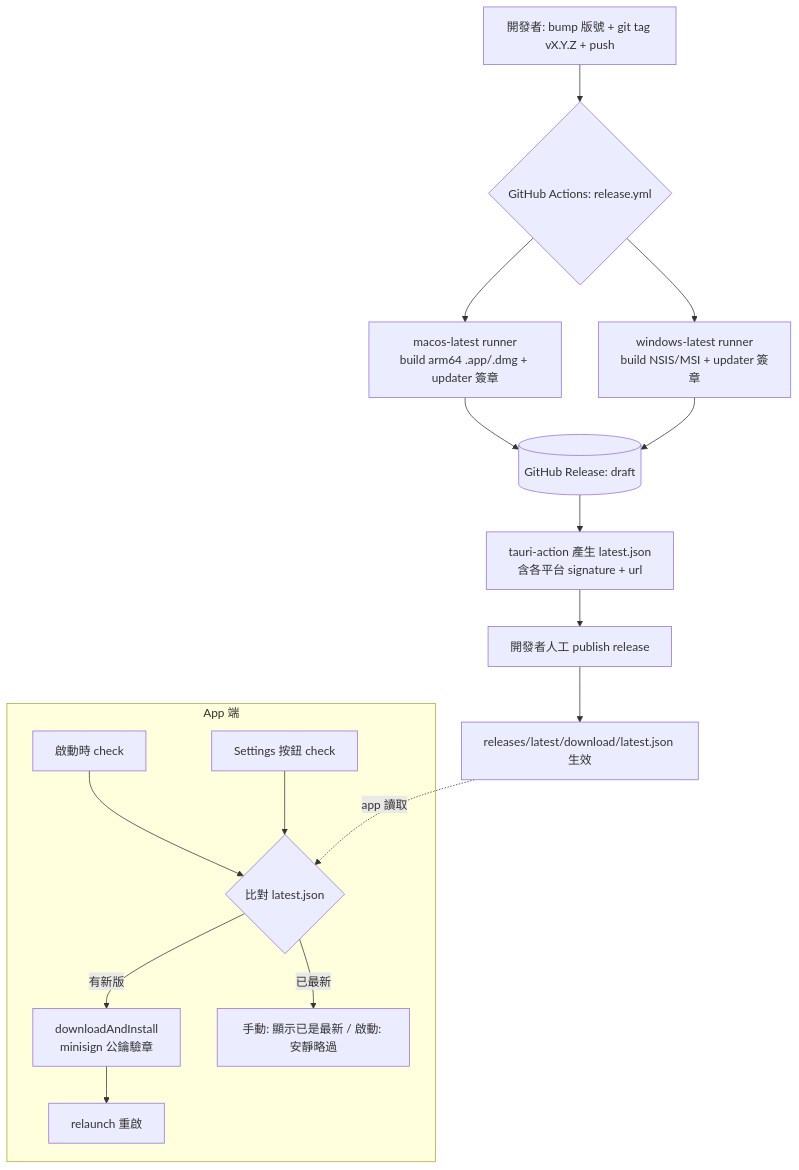
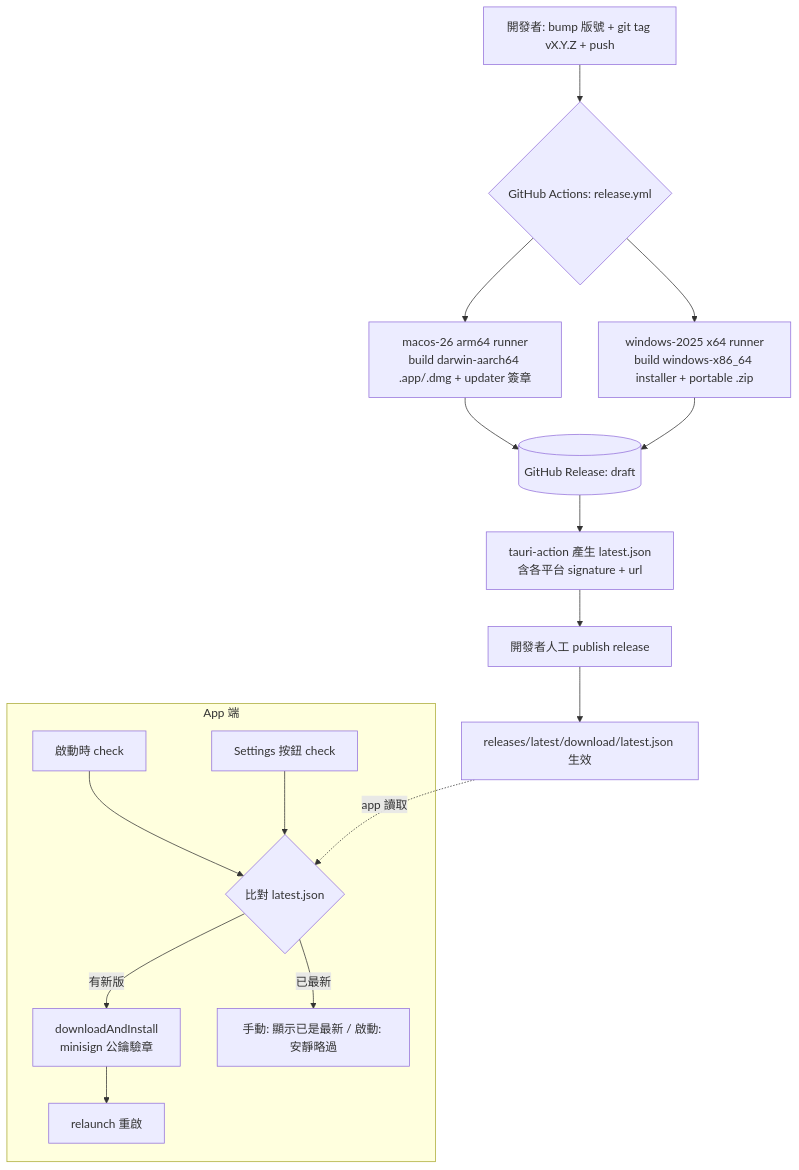
Before and after one commit to NakiriYuuzu/Yuuzu-IDE: the diagram in docs/superpowers/specs/2026-06-15-cicd-autoupdate-design.md, drawn with Mermaid. The commit also changed other lines of this file and 23 other files, not shown here.

````diff
--- a/docs/superpowers/specs/2026-06-15-cicd-autoupdate-design.md
+++ b/docs/superpowers/specs/2026-06-15-cicd-autoupdate-design.md
@@ -33,21 +34,21 @@
 ```mermaid
 flowchart TD
     A[開發者: bump 版號 + git tag vX.Y.Z + push] --> B{GitHub Actions: release.yml}
-    B --> M[macos-latest runner<br/>build arm64 .app/.dmg + updater 簽章]
-    B --> W[windows-latest runner<br/>build NSIS/MSI + updater 簽章]
+    B --> M[macos-26 arm64 runner<br/>build darwin-aarch64 .app/.dmg + updater 簽章]
+    B --> W[windows-2025 x64 runner<br/>build windows-x86_64 installer + portable .zip]
     M --> R[(GitHub Release: draft)]
     W --> R
     R --> G[tauri-action 產生 latest.json<br/>含各平台 signature + url]
     G --> P[開發者人工 publish release]
     P --> L[releases/latest/download/latest.json 生效]
 
     subgraph App 端
       U1[啟動時 check] --> EP{比對 latest.json}
       U2[Settings 按鈕 check] --> EP
       EP -->|有新版| D[downloadAndInstall<br/>minisign 公鑰驗章]
       D --> RL[relaunch 重啟]
       EP -->|已最新| OK[手動: 顯示已是最新 / 啟動: 安靜略過]
     end
 
     L -.app 讀取.-> EP
 ```
````
